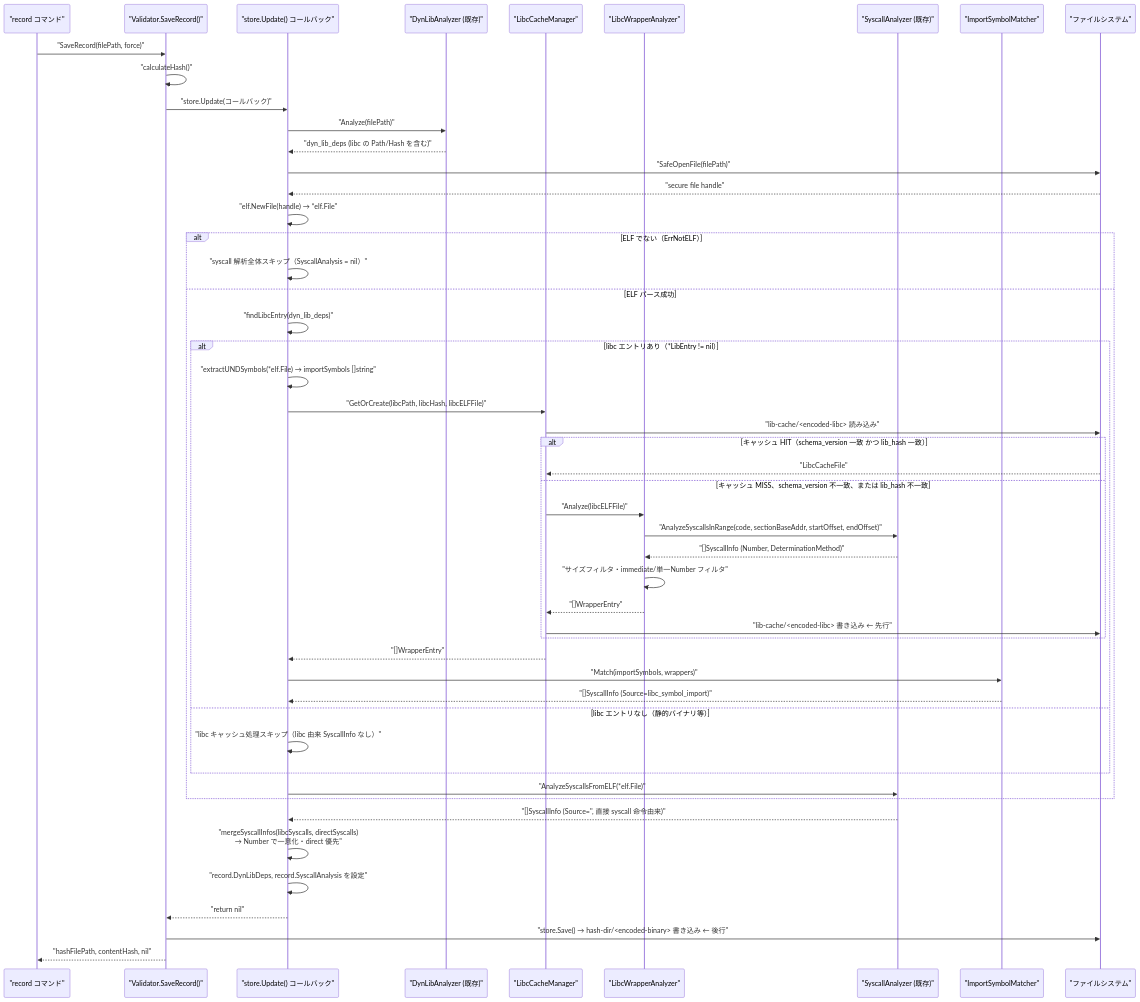
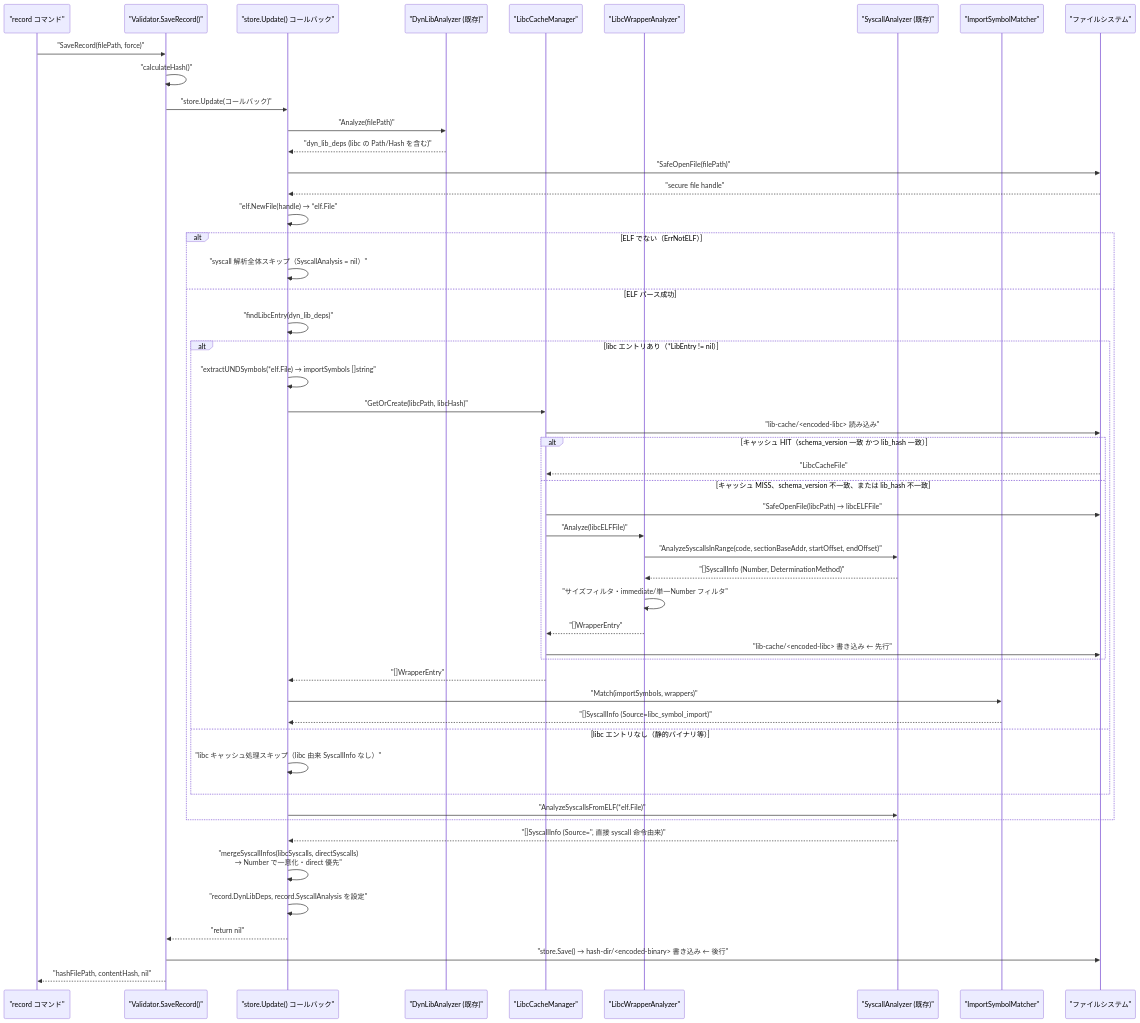
The fourth of 9 diagrams in docs/tasks/0079_libc_syscall_wrapper_cache/02_architecture.md (isseis/go-safe-cmd-runner), drawn with Mermaid before and after one commit. The commit also changed other lines of this file, not shown here.

First line of the commit message:
docs(tasks/0079): resolve libc open responsibility to GetOrCreate (MISS-only)

````diff
--- a/docs/tasks/0079_libc_syscall_wrapper_cache/02_architecture.md
+++ b/docs/tasks/0079_libc_syscall_wrapper_cache/02_architecture.md
@@ -123,53 +123,54 @@
 ```mermaid
 sequenceDiagram
     participant RC as "record コマンド"
     participant V as "Validator.SaveRecord()"
     participant CB as "store.Update() コールバック"
     participant DA as "DynLibAnalyzer (既存)"
     participant CM as "LibcCacheManager"
     participant WA as "LibcWrapperAnalyzer"
     participant SA as "SyscallAnalyzer (既存)"
     participant IM as "ImportSymbolMatcher"
     participant FS as "ファイルシステム"
 
     RC->>V: "SaveRecord(filePath, force)"
     V->>V: "calculateHash()"
     V->>CB: "store.Update(コールバック)"
     CB->>DA: "Analyze(filePath)"
     DA-->>CB: "dyn_lib_deps (libc の Path/Hash を含む)"
     CB->>FS: "SafeOpenFile(filePath)"
     FS-->>CB: "secure file handle"
     CB->>CB: "elf.NewFile(handle) → *elf.File"
     alt ELF でない（ErrNotELF）
         CB->>CB: "syscall 解析全体スキップ（SyscallAnalysis = nil）"
     else ELF パース成功
         CB->>CB: "findLibcEntry(dyn_lib_deps)"
         alt libc エントリあり（*LibEntry != nil）
             CB->>CB: "extractUNDSymbols(*elf.File) → importSymbols []string"
-            CB->>CM: "GetOrCreate(libcPath, libcHash, libcELFFile)"
+            CB->>CM: "GetOrCreate(libcPath, libcHash)"
             CM->>FS: "lib-cache/<encoded-libc> 読み込み"
             alt キャッシュ HIT（schema_version 一致 かつ lib_hash 一致）
                 FS-->>CM: "LibcCacheFile"
             else キャッシュ MISS、schema_version 不一致、または lib_hash 不一致
+                CM->>FS: "SafeOpenFile(libcPath) → libcELFFile"
                 CM->>WA: "Analyze(libcELFFile)"
                 WA->>SA: "AnalyzeSyscallsInRange(code, sectionBaseAddr, startOffset, endOffset)"
                 SA-->>WA: "[]SyscallInfo (Number, DeterminationMethod)"
                 WA->>WA: "サイズフィルタ・immediate/単一Number フィルタ"
                 WA-->>CM: "[]WrapperEntry"
                 CM->>FS: "lib-cache/<encoded-libc> 書き込み  ← 先行"
             end
             CM-->>CB: "[]WrapperEntry"
             CB->>IM: "Match(importSymbols, wrappers)"
             IM-->>CB: "[]SyscallInfo (Source=libc_symbol_import)"
         else libc エントリなし（静的バイナリ等）
             CB->>CB: "libc キャッシュ処理スキップ（libc 由来 SyscallInfo なし）"
         end
         CB->>SA: "AnalyzeSyscallsFromELF(*elf.File)"
     end
     SA-->>CB: "[]SyscallInfo (Source='', 直接 syscall 命令由来)"
     CB->>CB: "mergeSyscallInfos(libcSyscalls, directSyscalls)<br>→ Number で一意化・direct 優先"
     CB->>CB: "record.DynLibDeps, record.SyscallAnalysis を設定"
     CB-->>V: "return nil"
     V->>FS: "store.Save() → hash-dir/<encoded-binary> 書き込み  ← 後行"
     V-->>RC: "hashFilePath, contentHash, nil"
 ```
````
